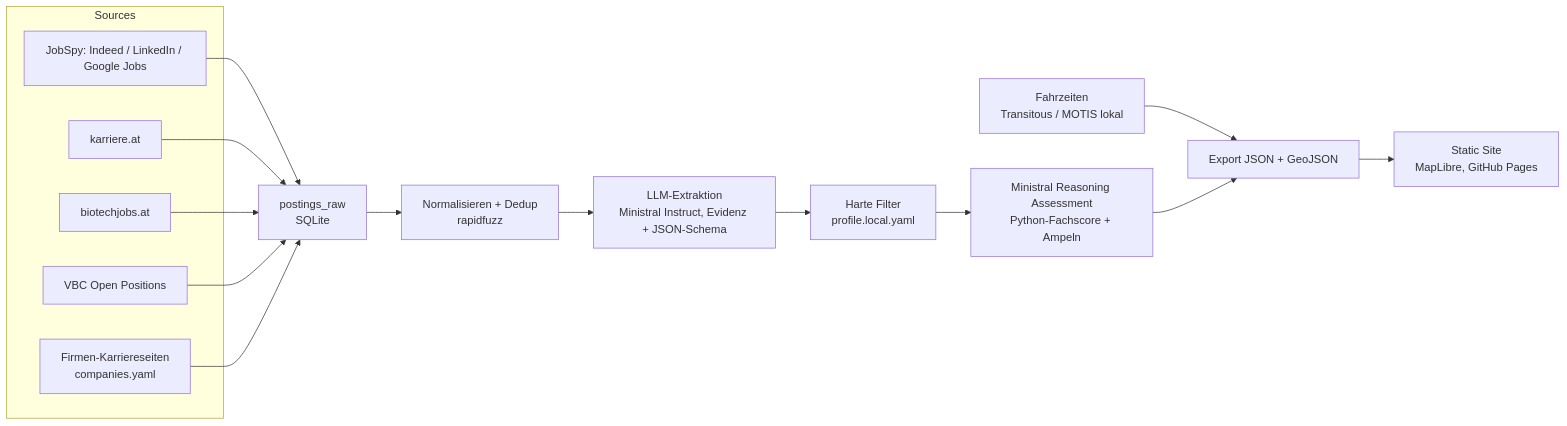
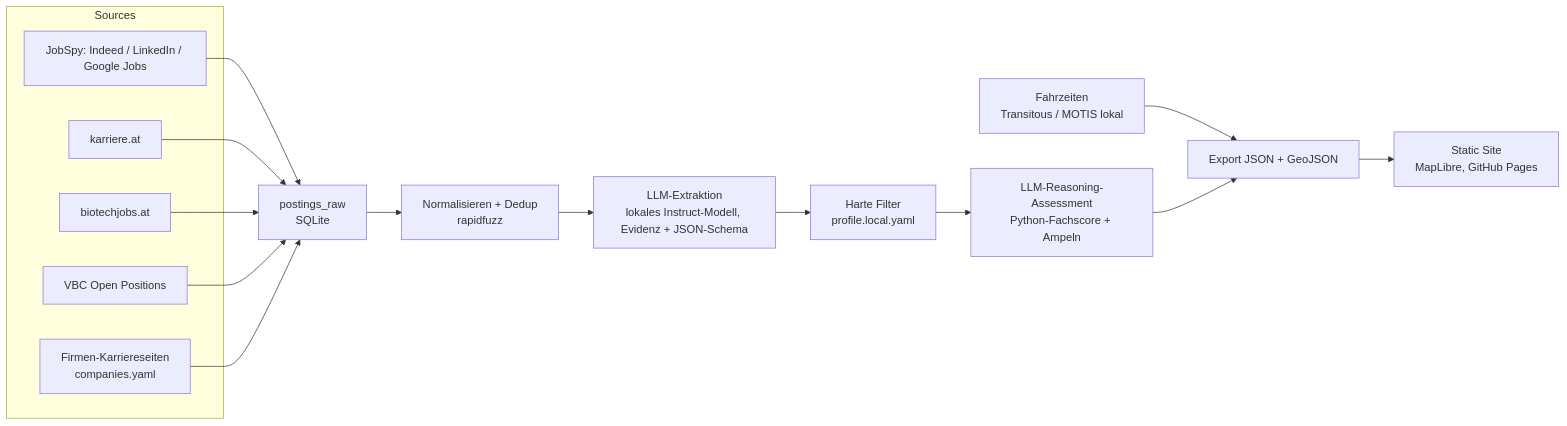
Before and after one commit to NikMibu/Jobradar_Austria_Biotech: the diagram in heimspiel_SPEC.md, drawn with Mermaid. The commit also changed other lines of this file and 6 other files, not shown here.

First line of the commit message:
llm: lokale Ollama-Defaults auf qwen3.8:27b (ein Modell für Extraktion und Scoring)

````diff
--- a/heimspiel_SPEC.md
+++ b/heimspiel_SPEC.md
@@ -28,18 +28,18 @@
 ```mermaid
 flowchart LR
   subgraph Sources
     A1[JobSpy: Indeed / LinkedIn / Google Jobs]
     A2[karriere.at]
     A3[biotechjobs.at]
     A4[VBC Open Positions]
     A5[Firmen-Karriereseiten<br/>companies.yaml]
   end
   A1 & A2 & A3 & A4 & A5 --> B[postings_raw<br/>SQLite]
   B --> C[Normalisieren + Dedup<br/>rapidfuzz]
-  C --> D[LLM-Extraktion<br/>Ministral Instruct, Evidenz + JSON-Schema]
+  C --> D[LLM-Extraktion<br/>lokales Instruct-Modell, Evidenz + JSON-Schema]
   D --> E[Harte Filter<br/>profile.local.yaml]
-  E --> F[Ministral Reasoning Assessment<br/>Python-Fachscore + Ampeln]
+  E --> F[LLM-Reasoning-Assessment<br/>Python-Fachscore + Ampeln]
   G[Fahrzeiten<br/>Transitous / MOTIS lokal] --> H
   F --> H[Export JSON + GeoJSON]
   H --> I[Static Site<br/>MapLibre, GitHub Pages]
 ```
````
